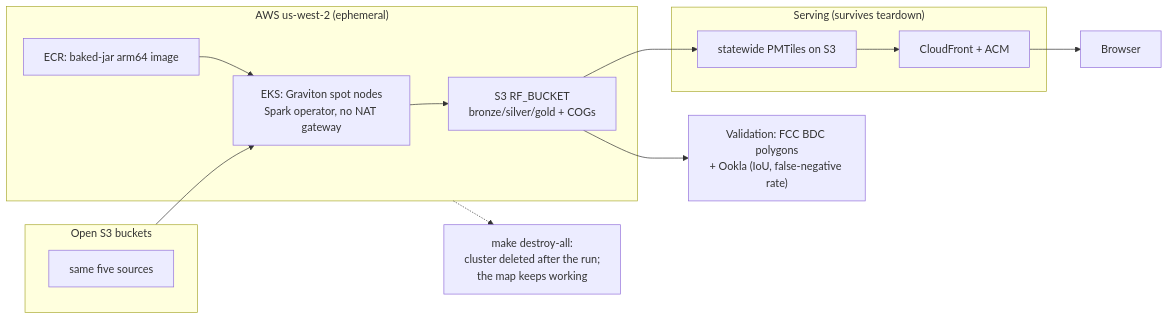
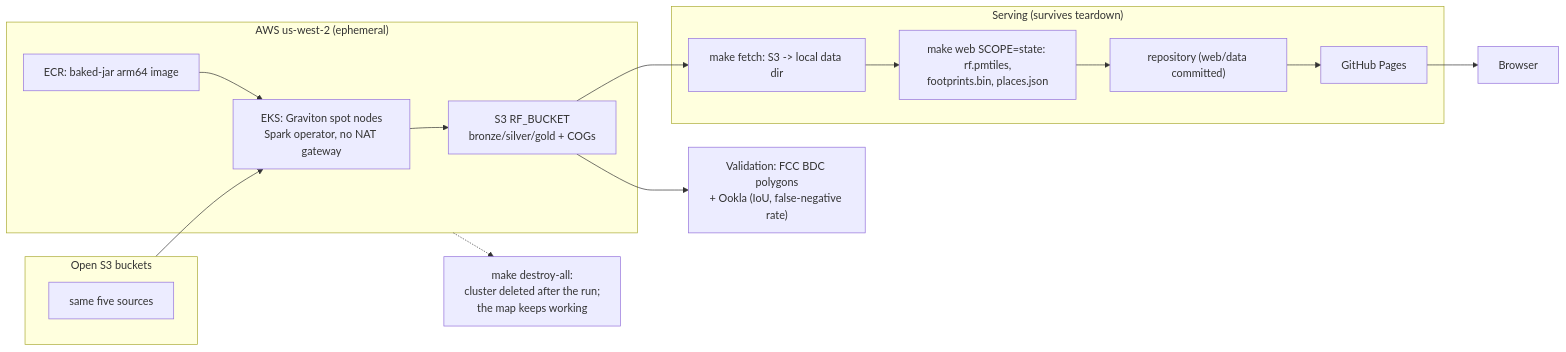
One commit to owensross27/sedona-rf-coverage changed the second of 2 diagrams in README.md. Above: the diagram before and after it, drawn with Mermaid. The commit also changed other lines of this file and 6 other files, not shown here.

````diff
--- a/README.md
+++ b/README.md
@@ -256,25 +264,29 @@
 ```mermaid
 flowchart LR
     subgraph open2["Open S3 buckets"]
         src["same five sources"]
     end
     subgraph aws["AWS us-west-2 (ephemeral)"]
         eks["EKS: Graviton spot nodes<br/>Spark operator, no NAT gateway"]
         ecr["ECR: baked-jar arm64 image"]
         s3["S3 RF_BUCKET<br/>bronze/silver/gold + COGs"]
         eks --> s3
         ecr --> eks
     end
     subgraph serve["Serving (survives teardown)"]
-        pm["statewide PMTiles on S3"]
-        cf["CloudFront + ACM"]
-        pm --> cf
+        fetch["make fetch: S3 -> local data dir"]
+        webb["make web SCOPE=state: rf.pmtiles,<br/>footprints.bin, places.json"]
+        repo2["repository (web/data committed)"]
+        pages2["GitHub Pages"]
+        fetch --> webb
+        webb --> repo2
+        repo2 --> pages2
     end
     val["Validation: FCC BDC polygons<br/>+ Ookla (IoU, false-negative rate)"]
     open2 --> eks
-    s3 --> pm
+    s3 --> fetch
     s3 --> val
-    cf --> browser2["Browser"]
+    pages2 --> browser2["Browser"]
     teardown["make destroy-all:<br/>cluster deleted after the run;<br/>the map keeps working"]
     aws -.-> teardown
 ```
````
